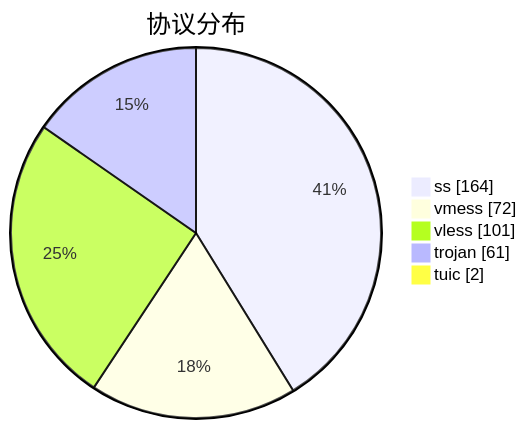
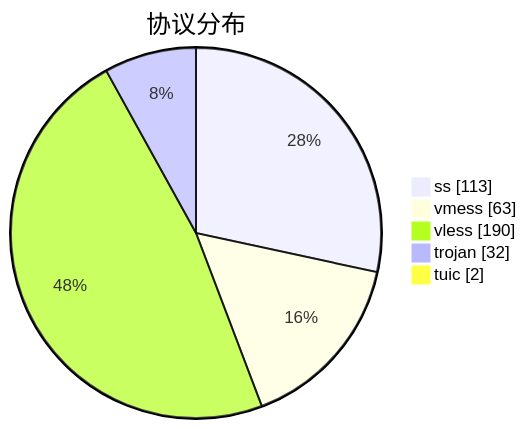
Before and after one commit to qjlxg/airport: the third of 3 diagrams in subs/statistics/tested_within.md, drawn with Mermaid. The commit also changed other lines of this file and 2 other files, not shown here.

````diff
--- a/subs/statistics/tested_within.md
+++ b/subs/statistics/tested_within.md
@@ -37,9 +36,9 @@
 ```mermaid
 pie showData
 title 协议分布
-"ss" : 164
-"vmess" : 72
-"vless" : 101
-"trojan" : 61
+"ss" : 113
+"vmess" : 63
+"vless" : 190
+"trojan" : 32
 "tuic" : 2
 ```
````
